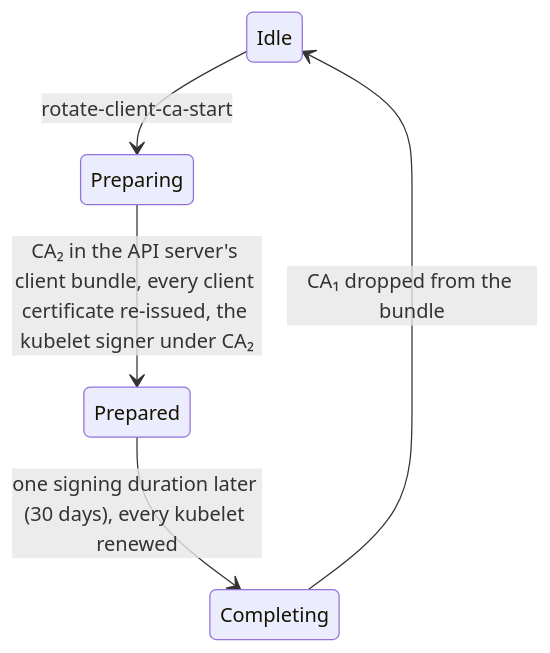
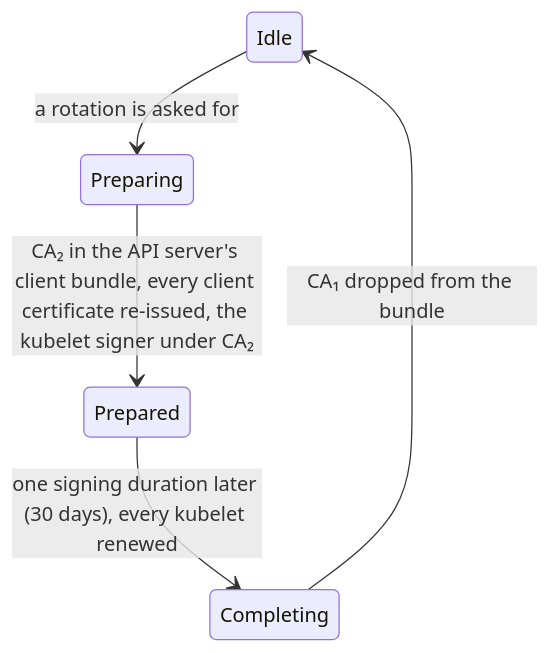
The seventh of 7 diagrams in docs/README.md (lodia-io/lodia), drawn with Mermaid before and after one commit. The commit also changed other lines of this file and 24 other files, not shown here.

````diff
--- a/docs/README.md
+++ b/docs/README.md
@@ -415,7 +415,7 @@
 ```mermaid
 stateDiagram-v2
-  Idle --> Preparing: rotate-client-ca-start
+  Idle --> Preparing: a rotation is asked for
   Preparing --> Prepared: CA₂ in the API server's client bundle, every client certificate re-issued, the kubelet signer under CA₂
   Prepared --> Completing: one signing duration later (30 days), every kubelet renewed
   Completing --> Idle: CA₁ dropped from the bundle
 ```
````
